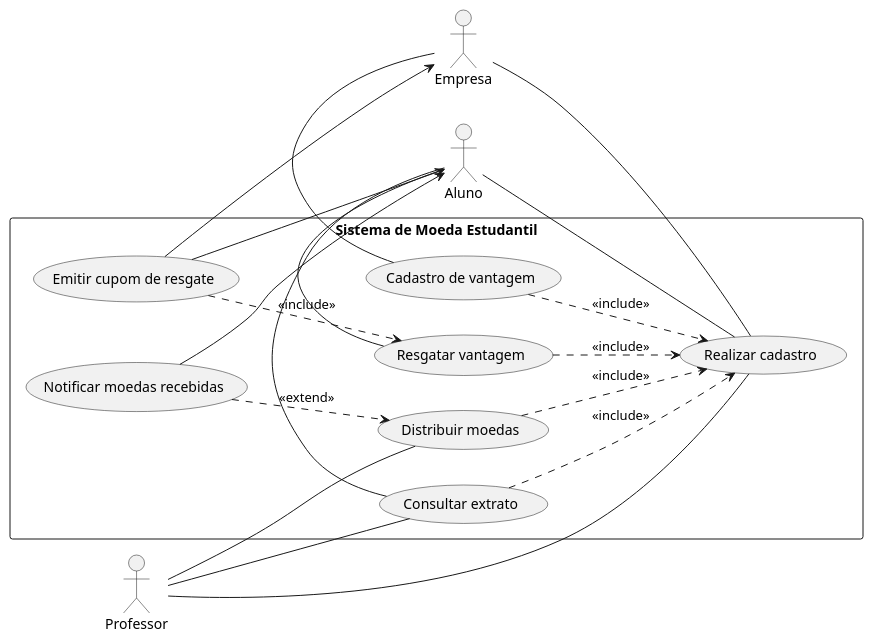
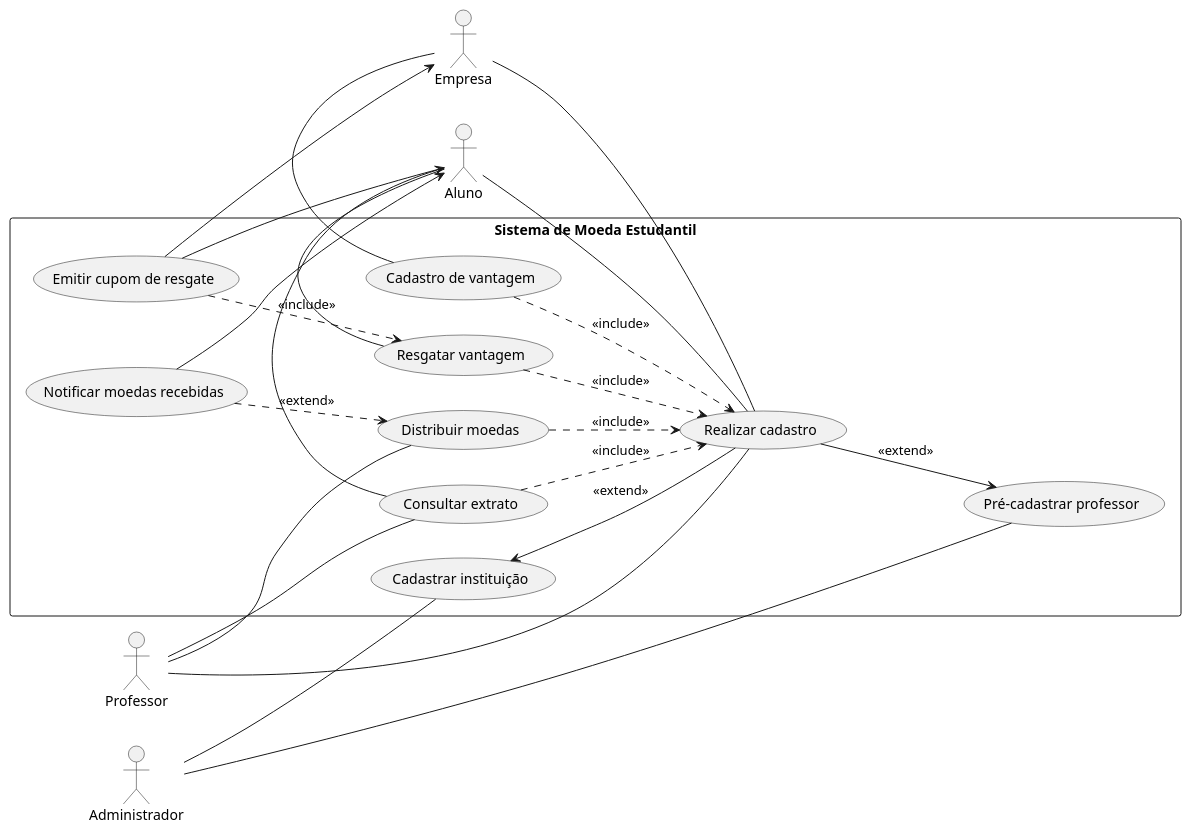
Before and after one commit to software-engineering-graduation/sistema_moeda_estudantil_lds2024: the diagram in projeto/diagrama_de_casos_de_uso.puml, drawn with PlantUML.

Commit message:
Atualização do diagrama de caso de uso para possível novo cenário

```diff
--- a/projeto/diagrama_de_casos_de_uso.puml
+++ b/projeto/diagrama_de_casos_de_uso.puml
@@ -1,45 +1,57 @@
 @startuml Diagrama de Casos de Uso
 left to right direction
 
 actor "Aluno" as aluno
 actor "Professor" as professor
 actor "Empresa" as empresa
+actor "Administrador" as admin
 
 rectangle "Sistema de Moeda Estudantil" {
     usecase "Realizar cadastro" as uc_cadastro
     usecase "Distribuir moedas" as uc_distribuir_moedas
     usecase "Notificar moedas recebidas" as uc_notificar_moedas
     usecase "Consultar extrato" as uc_extrato
     usecase "Cadastro de vantagem" as uc_cadastro_vantagem
     usecase "Resgatar vantagem" as uc_resgatar_vantagem
     usecase "Emitir cupom de resgate" as uc_emitir_cupom
+    usecase "Cadastrar instituição" as uc_cadastrar_instituicao
+    usecase "Pré-cadastrar professor" as uc_pre_cadastro_professor 
 }
 
 aluno -- uc_cadastro
 aluno -- uc_extrato
 aluno -- uc_resgatar_vantagem
 
 professor -- uc_cadastro
 professor -- uc_extrato
 professor -- uc_distribuir_moedas
 
 empresa -- uc_cadastro
 empresa -- uc_cadastro_vantagem
+
+admin -- uc_cadastrar_instituicao
+admin -- uc_pre_cadastro_professor
 
 ' Every use case uses depends on the "Realizar cadastro" use case
 uc_distribuir_moedas ..> uc_cadastro : <<include>>
 uc_extrato ..> uc_cadastro : <<include>>
 uc_cadastro_vantagem ..> uc_cadastro : <<include>>
 uc_resgatar_vantagem ..> uc_cadastro : <<include>>
 
 uc_emitir_cupom ..> uc_resgatar_vantagem : <<include>>
 uc_notificar_moedas ..> uc_distribuir_moedas : <<extend>>
 
 ' Cupom is sent to the student and company
 uc_emitir_cupom --> aluno
 uc_emitir_cupom --> empresa
 
 ' Notification is sent to the student
 uc_notificar_moedas --> aluno
 
+'Apenas professor precisa de pré cadastro, por isso a escolha pelo extend
+uc_cadastro --> uc_pre_cadastro_professor : <<extend>>
+
+'Apenas alunos e professores precisam estar relacionados a instituição, por isso a escolha pelo extend
+uc_cadastrar_instituicao <-- uc_cadastro : <<extend>>
+
 @enduml
```
